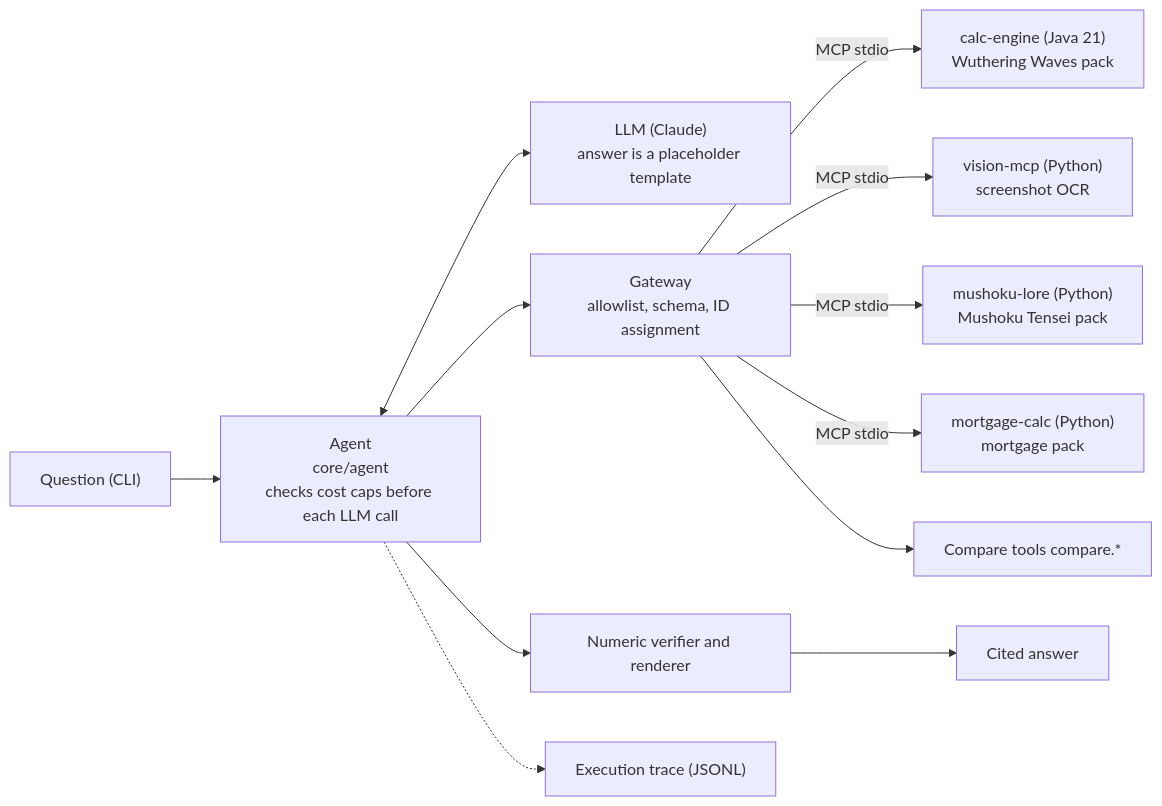
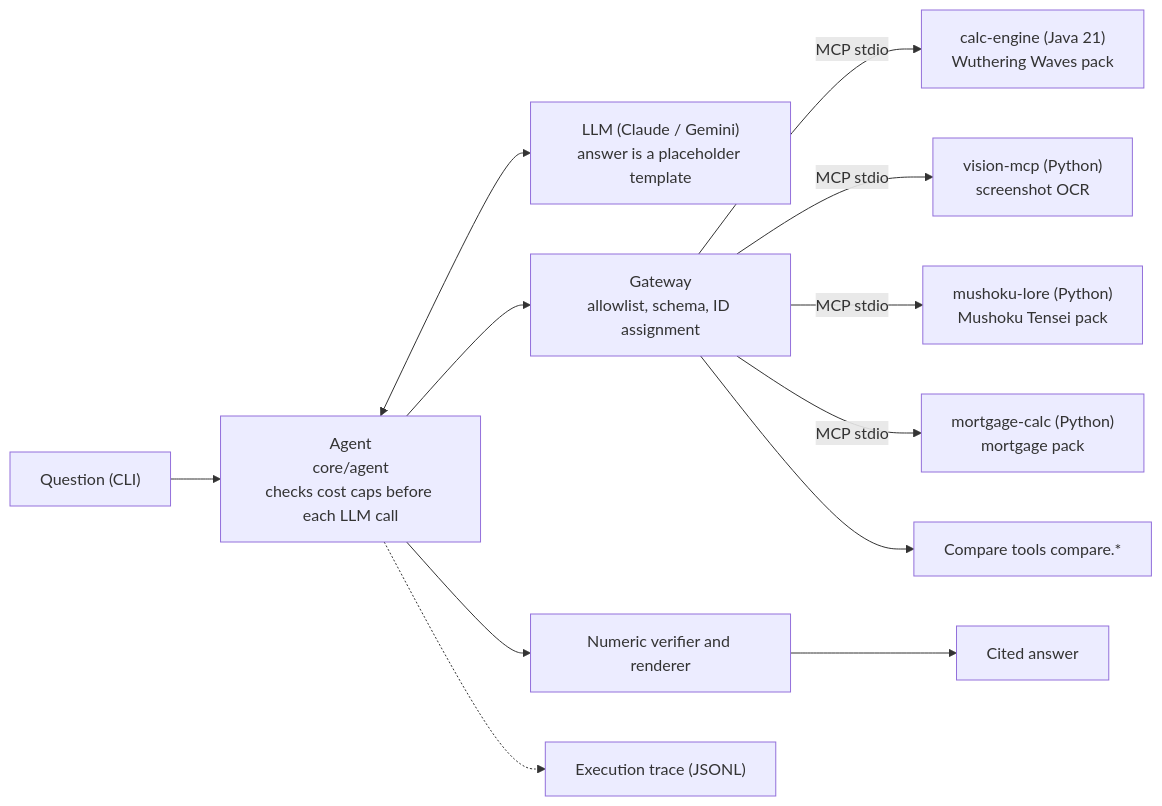
One commit to hexinlong9981/echolab changed the diagram in README.en.md. Above: the diagram before and after it, drawn with Mermaid. The commit also changed other lines of this file and 14 other files, not shown here.

````diff
--- a/README.en.md
+++ b/README.en.md
@@ -45,14 +45,14 @@
 ```mermaid
 flowchart LR
   Q["Question (CLI)"] --> A["Agent<br/>core/agent<br/>checks cost caps before each LLM call"]
-  A <--> L["LLM (Claude)<br/>answer is a placeholder template"]
+  A <--> L["LLM (Claude / Gemini)<br/>answer is a placeholder template"]
   A --> G["Gateway<br/>allowlist, schema, ID assignment"]
   G -->|MCP stdio| J["calc-engine (Java 21)<br/>Wuthering Waves pack"]
   G -->|MCP stdio| O["vision-mcp (Python)<br/>screenshot OCR"]
   G -->|MCP stdio| N["mushoku-lore (Python)<br/>Mushoku Tensei pack"]
   G -->|MCP stdio| M["mortgage-calc (Python)<br/>mortgage pack"]
   G --> K["Compare tools compare.*"]
   A --> V["Numeric verifier and renderer"]
   V --> R["Cited answer"]
   A -.-> T["Execution trace (JSONL)"]
 ```
````
